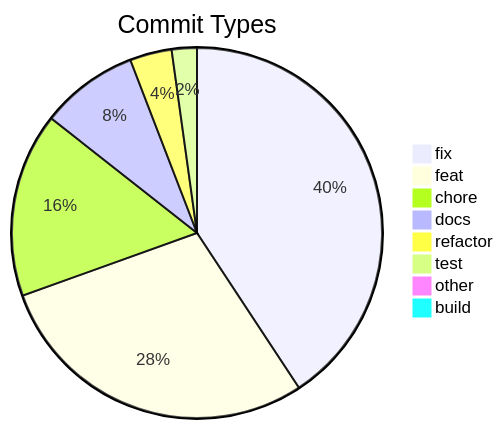
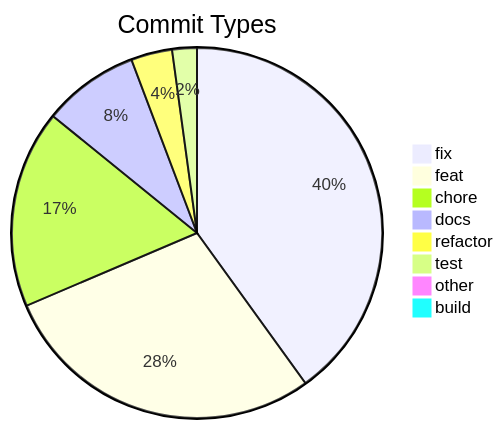
One commit to svenroth-ai/shipwright-webui changed the diagram in .shipwright/compliance/change-history.md. Above: the diagram before and after it, drawn with Mermaid. The commit also changed other lines of this file and 26 other files, not shown here.

````diff
--- a/.shipwright/compliance/change-history.md
+++ b/.shipwright/compliance/change-history.md
@@ -8,11 +8,11 @@
 ```mermaid
 pie title Commit Types
     "fix" : 167
-    "feat" : 118
-    "chore" : 66
+    "feat" : 119
+    "chore" : 72
     "docs" : 35
     "refactor" : 15
     "test" : 9
     "other" : 4
     "build" : 1
 ```
````
